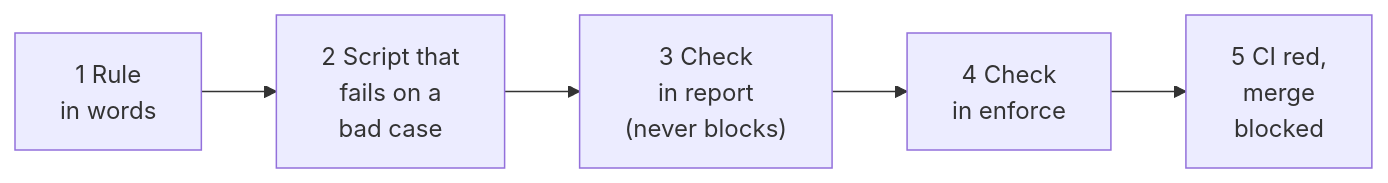
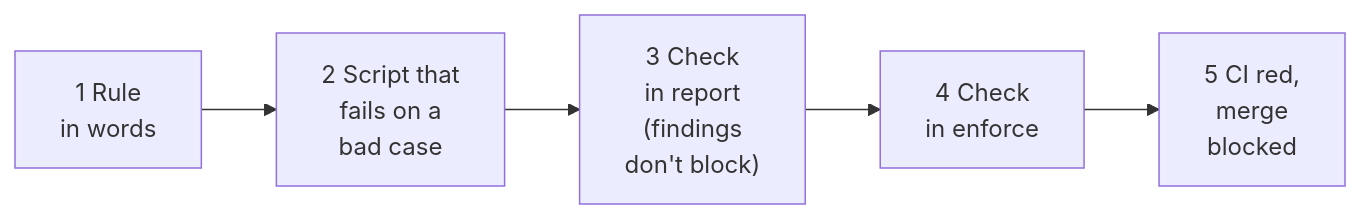
One commit to wahengchang/gov-skills changed the diagram in docs/how-it-works.md. Above: the diagram before and after it, drawn with Mermaid. The commit also changed other lines of this file and 6 other files, not shown here.

First line of the commit message:
fix: separate rule matching from check coverage, qualify the report-mode guarantee

````diff
--- a/docs/how-it-works.md
+++ b/docs/how-it-works.md
@@ -11,7 +11,7 @@
 ```mermaid
 flowchart LR
     A["1 Rule<br/>in words"] --> B["2 Script that<br/>fails on a<br/>bad case"]
-    B --> C["3 Check<br/>in report<br/>(never blocks)"]
+    B --> C["3 Check<br/>in report<br/>(findings<br/>don't block)"]
     C --> D["4 Check<br/>in enforce"]
     D --> E["5 CI red,<br/>merge<br/>blocked"]
 ```
````
